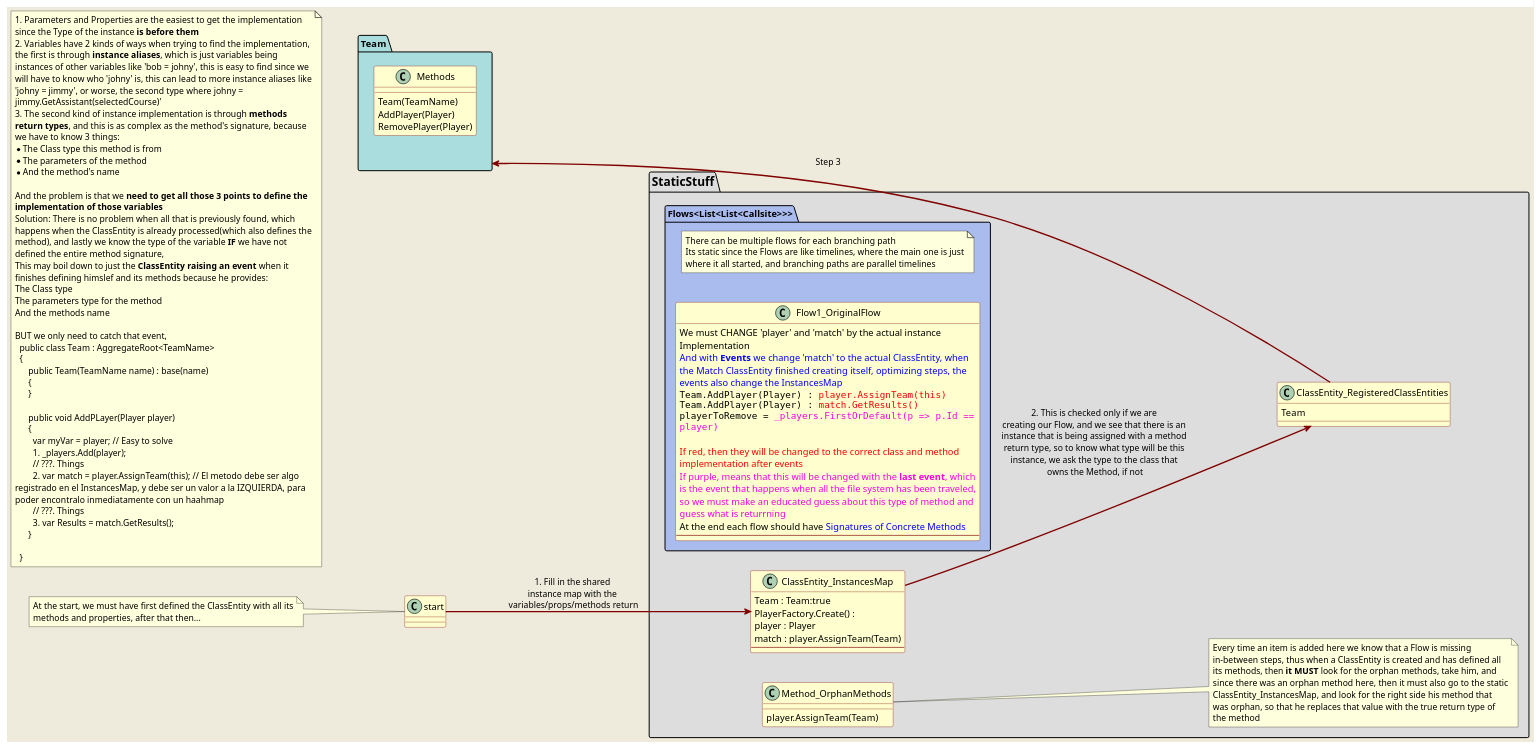
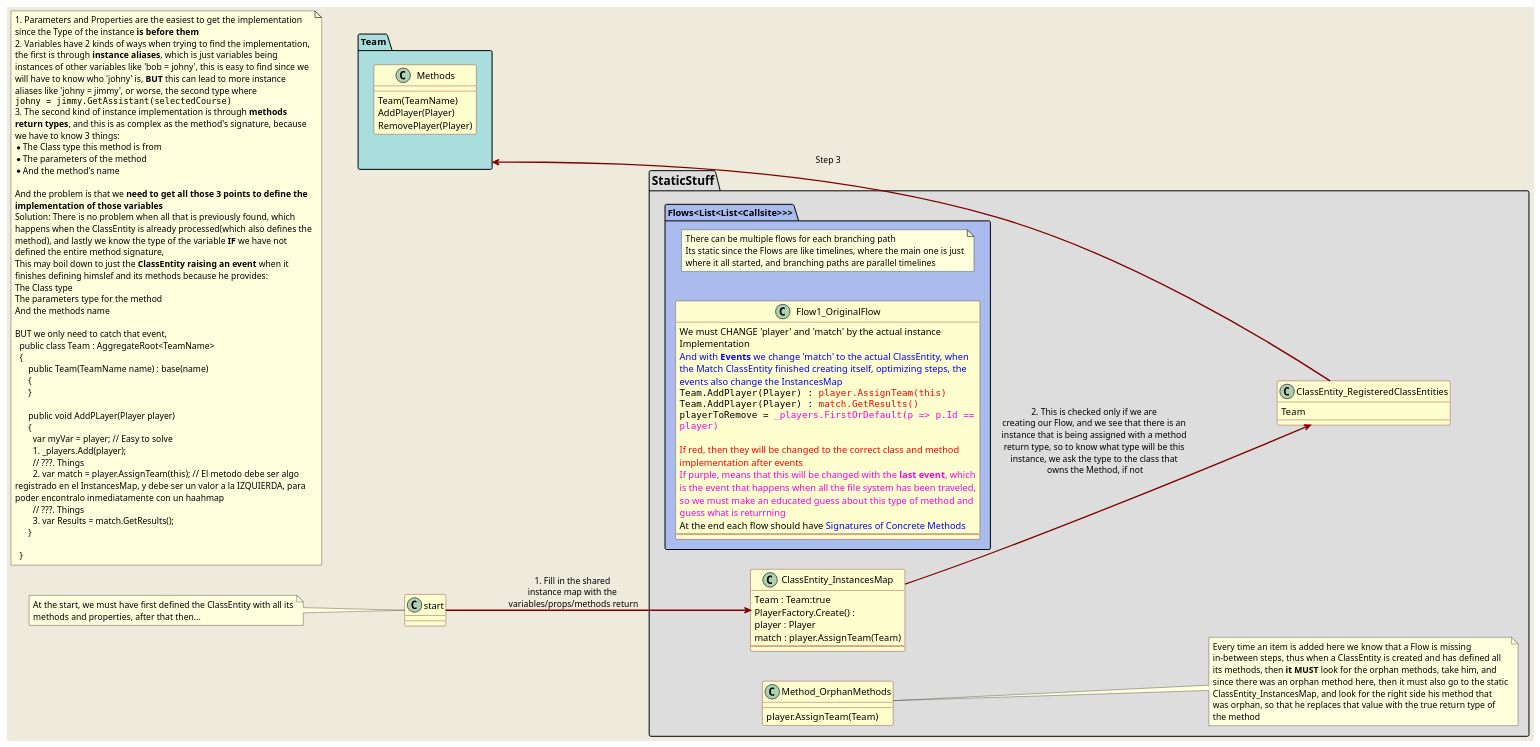
Before and after one commit to ToughKnee/FlowUML: the diagram in Deesign/ObjectDiagramForDataStrucutresToBeUsed.puml, drawn with PlantUML. The commit also changed 17 other files, not shown here.

```diff
--- a/Deesign/ObjectDiagramForDataStrucutresToBeUsed.puml
+++ b/Deesign/ObjectDiagramForDataStrucutresToBeUsed.puml
@@ -1,124 +1,125 @@
 @startuml
 
 'skinparam componentStyle uml1
 'skinparam linetype polyline
 'skinparam linetype ortho
 skinparam Nodesep 45
 'skinparam Ranksep 45
 'top to bottom direction
 left to right direction
 skinparam wrapWidth 450
 Skinparam backgroundColor #EEEBDC
 skinparam class {
 ArrowColor Maroon
 BorderColor Maroon
 BackgroundColor  #fefece
 ArrowThickness 2
 }
 
 '//===========================  Layout class, invisible class to maipualte the position of other objects
 skinparam package<<Layout>> {
   borderColor Transparent
   backgroundColor Transparent
   fontColor Transparent
   stereotypeFontColor Transparent
 }
 '//====
 
 package =StaticStuff #ddd {
   class ClassEntity_InstancesMap {
     Team : Team:true
     PlayerFactory.Create() : 
     player : Player
     match : player.AssignTeam(Team)
     ----
   }
   class ClassEntity_RegisteredClassEntities {
     Team
   }
   class Method_OrphanMethods {
     player.AssignTeam(Team)
   }
   note right
   Every time an item is added here we know that a Flow is missing in-between steps, thus when a ClassEntity is created and has defined all its methods, then **it MUST** look for the orphan methods, take him, and since there was an orphan method here, then it must also go to the static ClassEntity_InstancesMap, and look for the right side his method that was orphan, so that he replaces that value with the true return type of the method
   end note
 
   package Flows<List<List<Callsite>>> #abe {
     note as FlowsNote
     There can be multiple flows for each branching path
     Its static since the Flows are like timelines, where the main one is just where it all started, and branching paths are parallel timelines
     end note
     class Flow1_OriginalFlow {
       We must CHANGE 'player' and 'match' by the actual instance Implementation
       <color:Blue>And with **Events** we change 'match' to the actual ClassEntity, when the Match ClassEntity finished creating itself, optimizing steps, the events also change the InstancesMap
       ""Team.AddPlayer(Player) : <color:Red>player.AssignTeam(this)""
       ""Team.AddPlayer(Player) : <color:Red>match.GetResults()""
       ""playerToRemove = <color:fa00df>_players.FirstOrDefault(p => p.Id == player)""
 
       <color:Red>If red, then they will be changed to the correct class and method implementation after events
       <color:fa00df>If purple, means that this will be changed with the **last event**, which is the event that happens when all the file system has been traveled, so we must make an educated guess about this type of method and guess what is returrning  
       At the end each flow should have <color:Blue>Signatures of Concrete Methods
       ----
   }
 
   }
 }
 
 
 package Team #add{
   class Methods {
     Team(TeamName)
     AddPlayer(Player)
     RemovePlayer(Player)
   }
 
 }
 
 
 
 class start
 note left
 At the start, we must have first defined the ClassEntity with all its methods and properties, after that then...
 end note
 start --> ClassEntity_InstancesMap : 1. Fill in the shared \ninstance map with the \nvariables/props/methods return
 ClassEntity_InstancesMap --> ClassEntity_RegisteredClassEntities : 2. This is checked only if we are \ncreating our Flow, and we see that there is an \ninstance that is being assigned with a method \nreturn type, so to know what type will be this \ninstance, we ask the type to the class that \nowns the Method, if not 
 ClassEntity_RegisteredClassEntities -u--> Team : Step 3
 
 
 note as TeamCode
 1. Parameters and Properties are the easiest to get the implementation since the Type of the instance **is before them**
-2. Variables have 2 kinds of ways when trying to find the implementation, the first is through **instance aliases**, which is just variables being instances of other variables like 'bob = johny', this is easy to find since we will have to know who 'johny' is, this can lead to more instance aliases like 'johny = jimmy', or worse, the second type where johny = jimmy.GetAssistant(selectedCourse)'
+2. Variables have 2 kinds of ways when trying to find the implementation, the first is through **instance aliases**, which is just variables being instances of other variables like 'bob = johny', this is easy to find since we will have to know who 'johny' is, **BUT** this can lead to more instance aliases like 'johny = jimmy', or worse, the second type where 
+""johny = jimmy.GetAssistant(selectedCourse)""
 3. The second kind of instance implementation is through **methods return types**, and this is as complex as the method's signature, because we have to know 3 things: 
 *The Class type this method is from
 *The parameters of the method  
 *And the method's name
 
 And the problem is that we **need to get all those 3 points to define the implementation of those variables**
 Solution: There is no problem when all that is previously found, which happens when the ClassEntity is already processed(which also defines the method), and lastly we know the type of the variable **IF** we have not defined the entire method signature, 
 This may boil down to just the **ClassEntity raising an event** when it finishes defining himslef and its methods because he provides:
 The Class type
 The parameters type for the method
 And the methods name
 
 BUT we only need to catch that event, 
   public class Team : AggregateRoot<TeamName>
   {
       public Team(TeamName name) : base(name)
       {
       }
 
       public void AddPLayer(Player player)
       {
         var myVar = player; // Easy to solve
         1. _players.Add(player);
         // ???. Things
         2. var match = player.AssignTeam(this); // El metodo debe ser algo registrado en el InstancesMap, y debe ser un valor a la IZQUIERDA, para poder encontralo inmediatamente con un haahmap
         // ???. Things
         3. var Results = match.GetResults();
       }
 
   }
 end note
 
 
 @enduml
```
